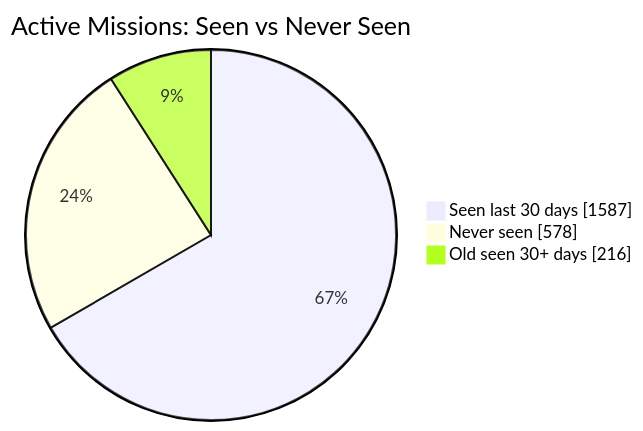
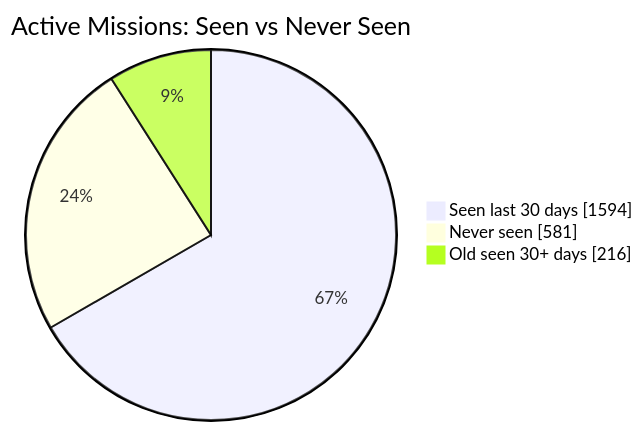
One commit to MeldkamerspelGameTeam/active-missions changed the first of 2 diagrams in README.md. Above: the diagram before and after it, drawn with Mermaid. The commit also changed other lines of this file and 4 other files, not shown here.

````diff
--- a/README.md
+++ b/README.md
@@ -34,7 +34,7 @@
 ```mermaid
 pie showData
     title Active Missions: Seen vs Never Seen
-    "Seen last 30 days" : 1587
-    "Never seen" : 578
+    "Seen last 30 days" : 1594
+    "Never seen" : 581
     "Old seen 30+ days" : 216
 ```
````
